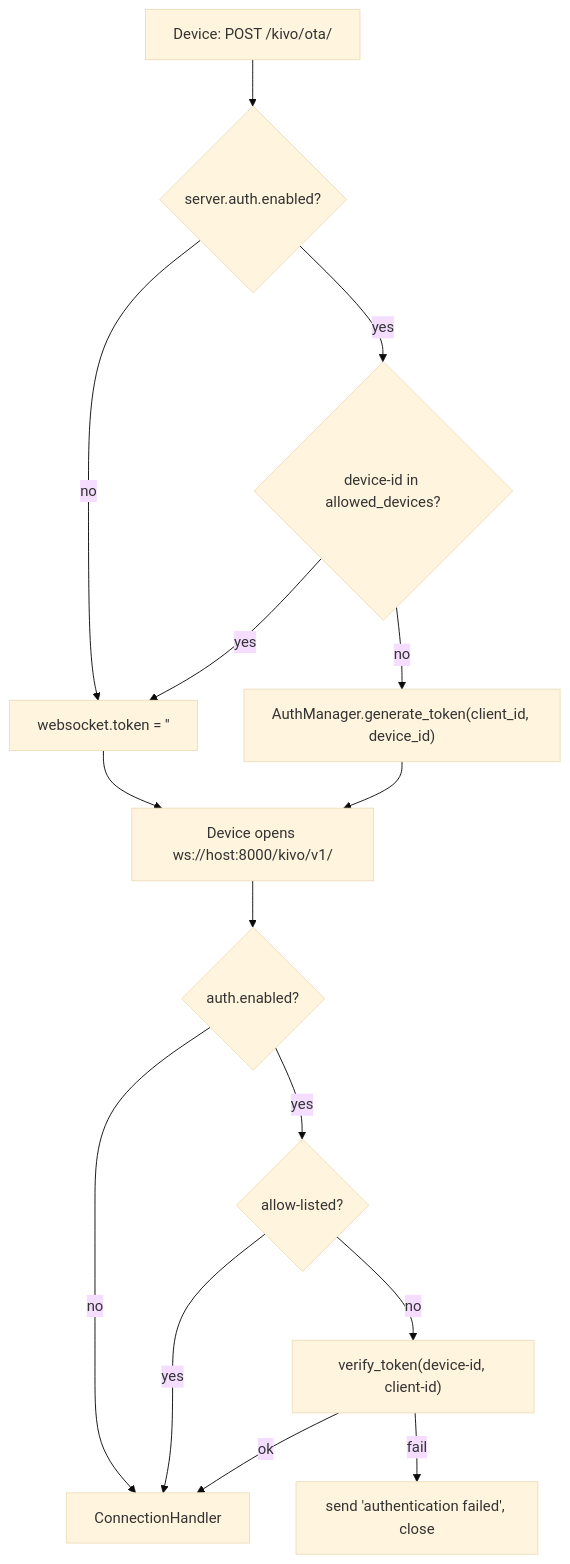
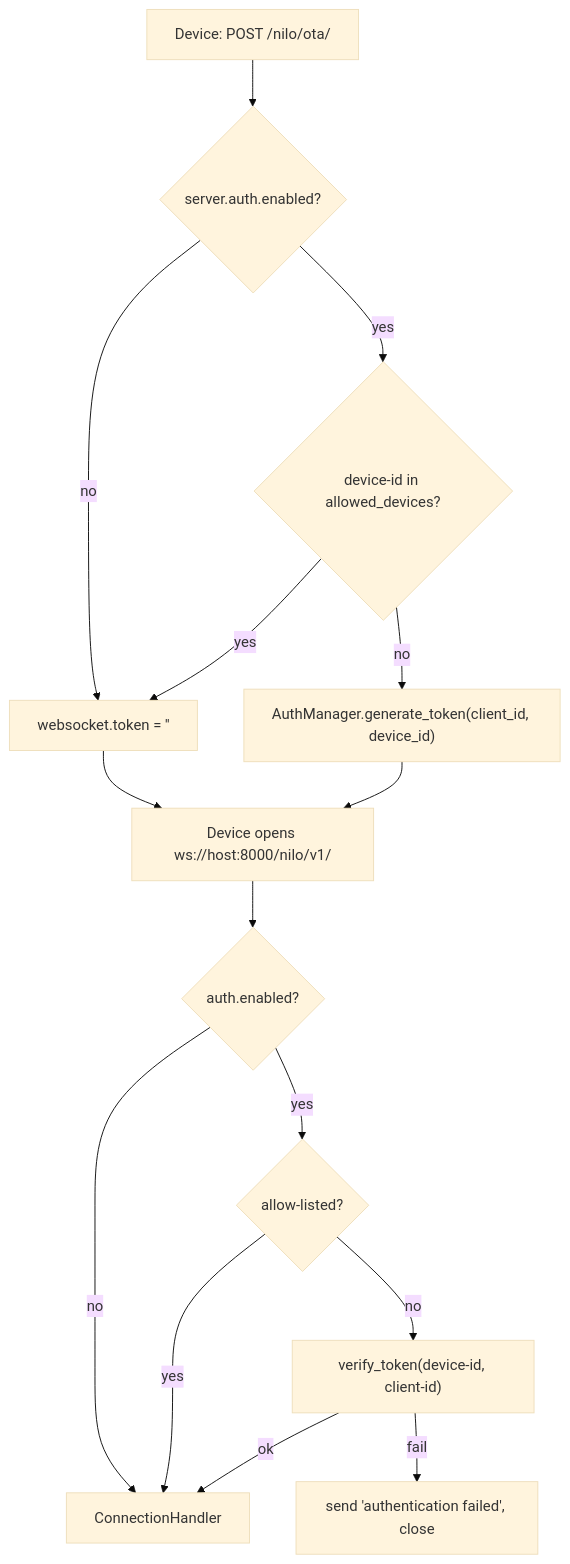
One commit to AA-Box/Nilo changed the first of 3 diagrams in docs/safety.md. Above: the diagram before and after it, drawn with Mermaid (base theme). The commit also changed other lines of this file and 307 other files, not shown here.

First line of the commit message:
refactor!: rename to Nilo and remove the upstream device endpoints

````diff
--- a/docs/safety.md
+++ b/docs/safety.md
@@ -64,17 +64,17 @@
 ```mermaid
 flowchart TD
-    A["Device: POST /kivo/ota/"] --> B{"server.auth.enabled?"}
+    A["Device: POST /nilo/ota/"] --> B{"server.auth.enabled?"}
     B -- no --> C["websocket.token = ''"]
     B -- yes --> D{"device-id in allowed_devices?"}
     D -- yes --> C
     D -- no --> E["AuthManager.generate_token(client_id, device_id)"]
-    C --> F["Device opens ws://host:8000/kivo/v1/"]
+    C --> F["Device opens ws://host:8000/nilo/v1/"]
     E --> F
     F --> G{"auth.enabled?"}
     G -- no --> H["ConnectionHandler"]
     G -- yes --> I{"allow-listed?"}
     I -- yes --> H
     I -- no --> J["verify_token(device-id, client-id)"]
     J -- ok --> H
     J -- fail --> K["send 'authentication failed', close"]
 ```
````
